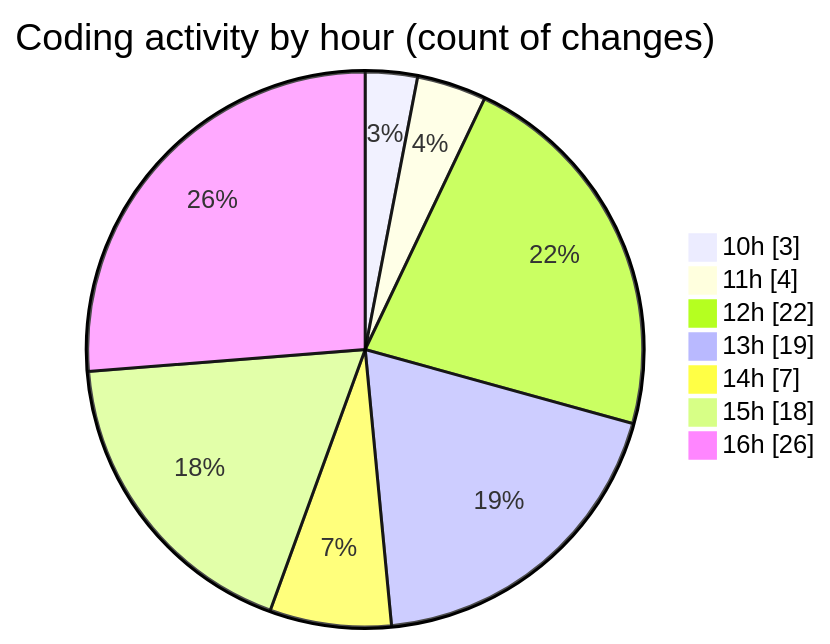
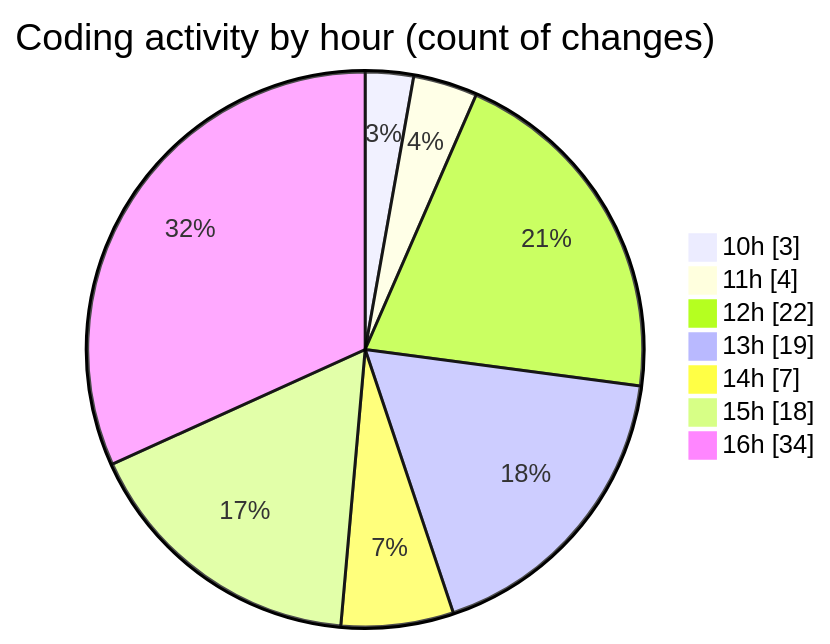
The second of 2 diagrams in 2026-05-18/cda/README.md (momahboobian/code-tracking), drawn with Mermaid before and after one commit. The commit also changed other lines of this file and 1 other file, not shown here.

````diff
--- a/2026-05-18/cda/README.md
+++ b/2026-05-18/cda/README.md
@@ -54,11 +54,11 @@
 ```mermaid
 pie showData
 title Coding activity by hour (count of changes)
 "10h" : 3
 "11h" : 4
 "12h" : 22
 "13h" : 19
 "14h" : 7
 "15h" : 18
-"16h" : 26
+"16h" : 34
 ```
````
